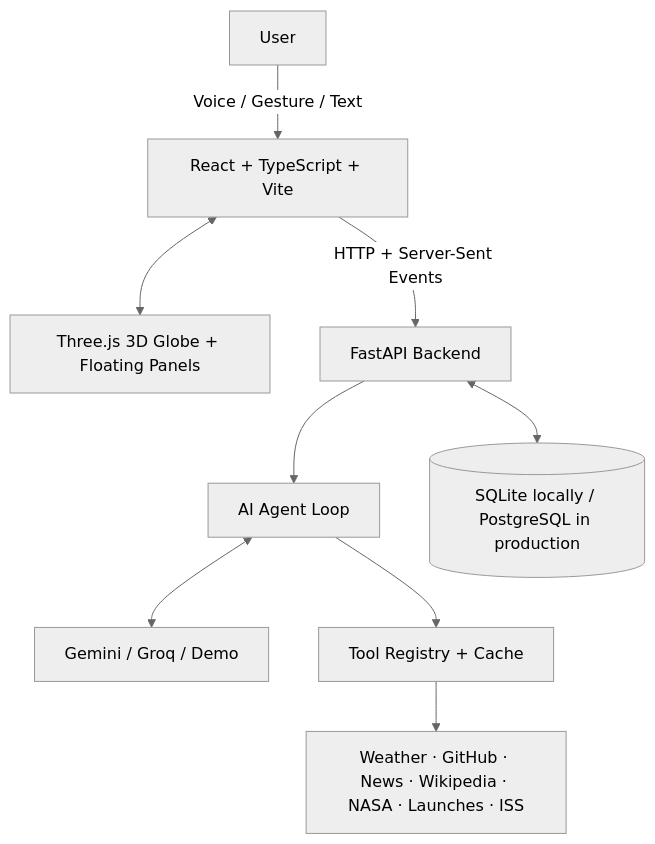
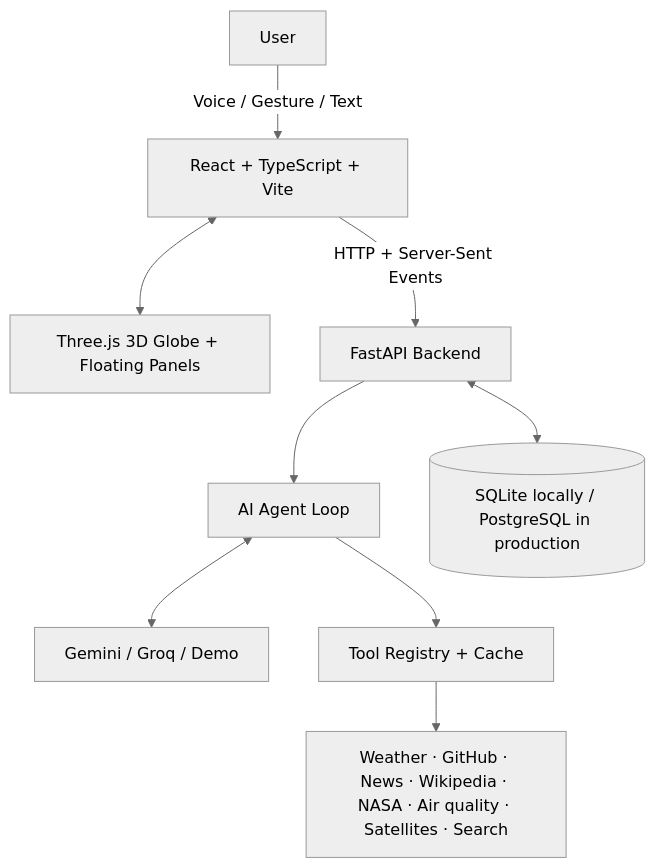
One commit to SanjayK075/Aura-Multimodal-AI-Assistant-Voice-gesture-and-Text- changed the diagram in README.md. Above: the diagram before and after it, drawn with Mermaid (neutral theme). The commit also changed other lines of this file and 96 other files, not shown here.

````diff
--- a/README.md
+++ b/README.md
@@ -80,11 +85,11 @@
 ```mermaid
 flowchart TD
     U[User] -->|Voice / Gesture / Text| FE[React + TypeScript + Vite]
     FE <--> G[Three.js 3D Globe + Floating Panels]
     FE -->|HTTP + Server-Sent Events| API[FastAPI Backend]
     API --> AG[AI Agent Loop]
     AG <--> LLM[Gemini / Groq / Demo]
     AG --> TR[Tool Registry + Cache]
-    TR --> EXT[Weather · GitHub · News · Wikipedia · NASA · Launches · ISS]
+    TR --> EXT[Weather · GitHub · News · Wikipedia · NASA · Air quality · Satellites · Search]
     API <--> DB[(SQLite locally / PostgreSQL in production)]
 ```
````
